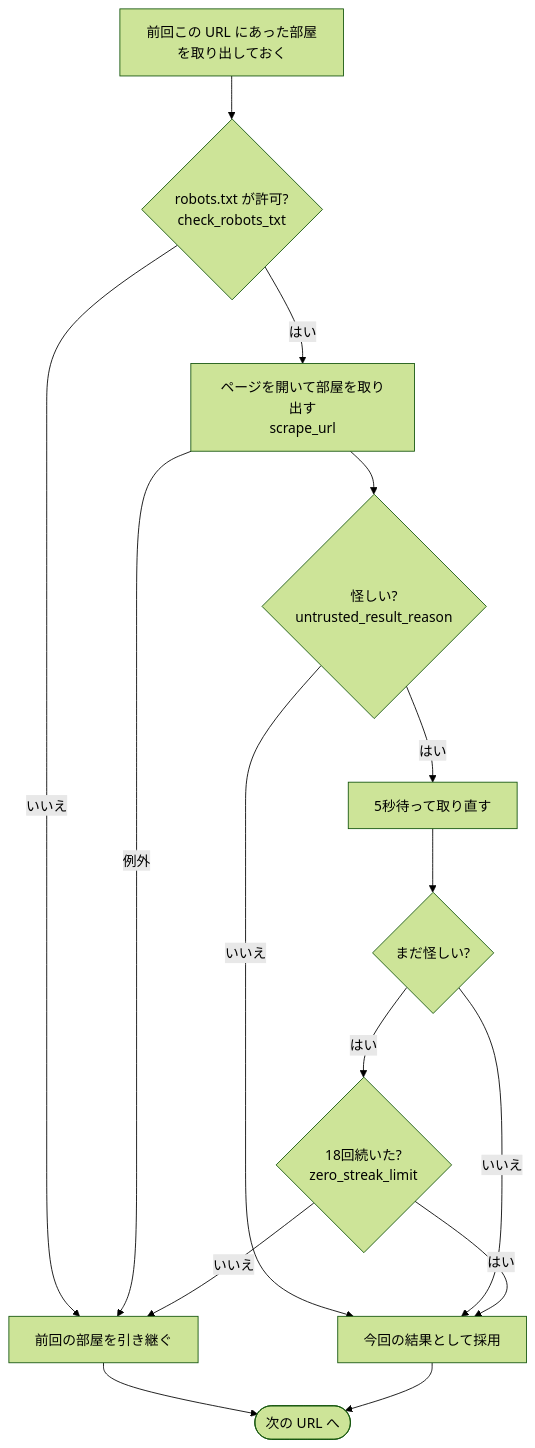
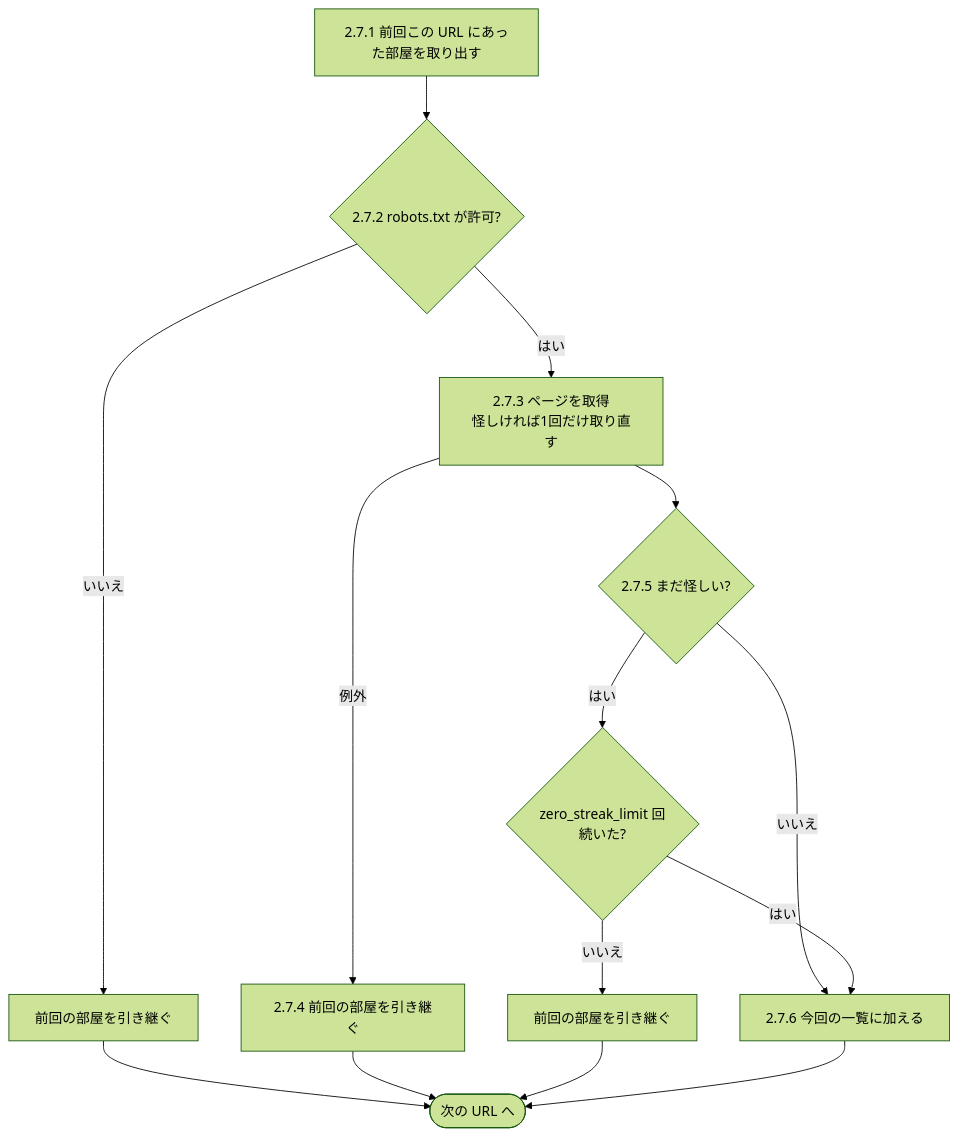
Before and after one commit to tama-create/ur-monitor: the second of 2 diagrams in FLOW.md, drawn with Mermaid (forest theme). The commit also changed other lines of this file and 6 other files, not shown here.

First line of the commit message:
資料の役割を分け、FLOW.md をコードと番号で対応させる

````diff
--- a/FLOW.md
+++ b/FLOW.md
@@ -66,17 +83,16 @@
 ```mermaid
 flowchart TD
-    A["前回この URL にあった部屋を取り出しておく"] --> B{"robots.txt が許可?<br>check_robots_txt"}
+    A["2.7.1 前回この URL にあった部屋を取り出す"] --> B{"2.7.2 robots.txt が許可?"}
     B -- いいえ --> P["前回の部屋を引き継ぐ"]
-    B -- はい --> C["ページを開いて部屋を取り出す<br>scrape_url"]
-    C -- 例外 --> P
-    C --> D{"怪しい?<br>untrusted_result_reason"}
-    D -- いいえ --> OK["今回の結果として採用"]
-    D -- はい --> E["5秒待って取り直す"]
-    E --> F{まだ怪しい?}
-    F -- いいえ --> OK
-    F -- はい --> G{"18回続いた?<br>zero_streak_limit"}
-    G -- いいえ --> P
+    B -- はい --> C["2.7.3 ページを取得<br>怪しければ1回だけ取り直す"]
+    C -- 例外 --> P2["2.7.4 前回の部屋を引き継ぐ"]
+    C --> D{"2.7.5 まだ怪しい?"}
+    D -- いいえ --> OK["2.7.6 今回の一覧に加える"]
+    D -- はい --> G{"zero_streak_limit 回<br>続いた?"}
+    G -- いいえ --> P3["前回の部屋を引き継ぐ"]
     G -- はい --> OK
     P --> NEXT([次の URL へ])
+    P2 --> NEXT
+    P3 --> NEXT
     OK --> NEXT
 ```
````
